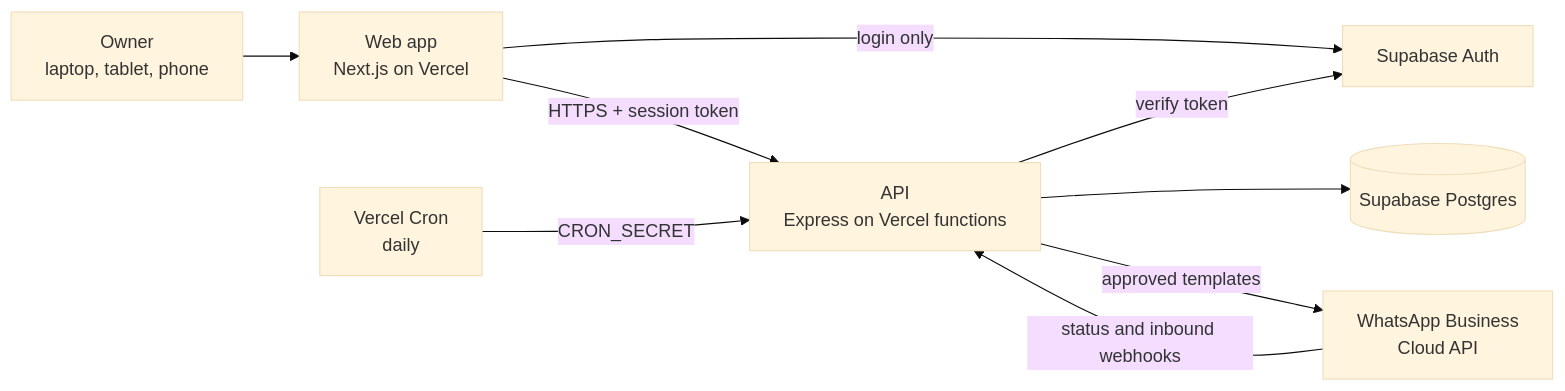
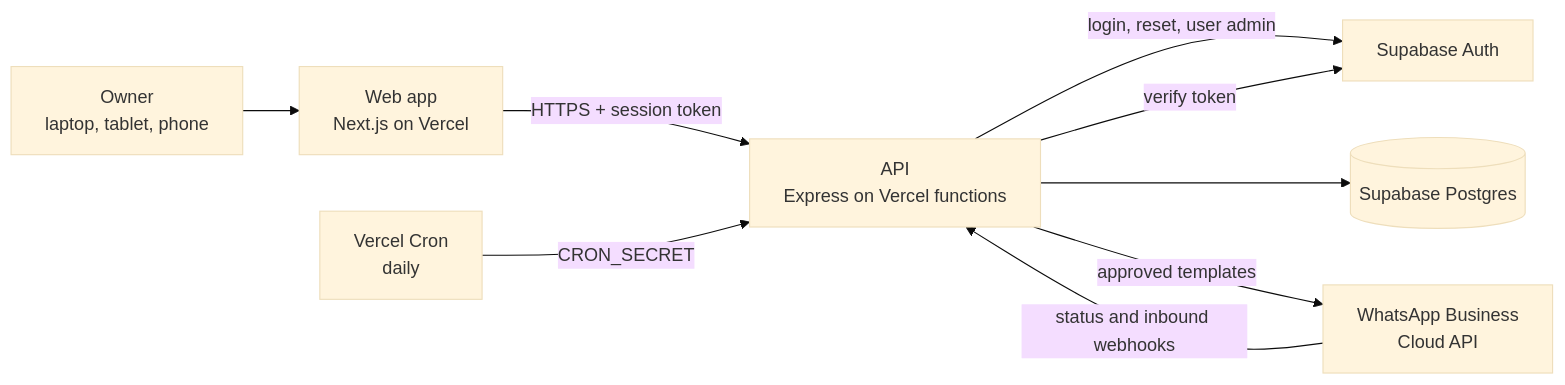
The first of 2 diagrams in docs/03-architecture.md (hady-17/DeeClinic), drawn with Mermaid (base theme) before and after one commit. The commit also changed other lines of this file and 52 other files, not shown here.

````diff
--- a/docs/03-architecture.md
+++ b/docs/03-architecture.md
@@ -30,11 +30,11 @@
 ```mermaid
 flowchart LR
   Owner["Owner<br/>laptop, tablet, phone"] --> Web["Web app<br/>Next.js on Vercel"]
   Web -->|"HTTPS + session token"| API["API<br/>Express on Vercel functions"]
-  Web -->|"login only"| Auth["Supabase Auth"]
+  API -->|"login, reset, user admin"| Auth["Supabase Auth"]
   API -->|"verify token"| Auth
   API --> DB[("Supabase Postgres")]
   Cron["Vercel Cron<br/>daily"] -->|"CRON_SECRET"| API
   API -->|"approved templates"| WA["WhatsApp Business<br/>Cloud API"]
   WA -->|"status and inbound webhooks"| API
 ```
````
